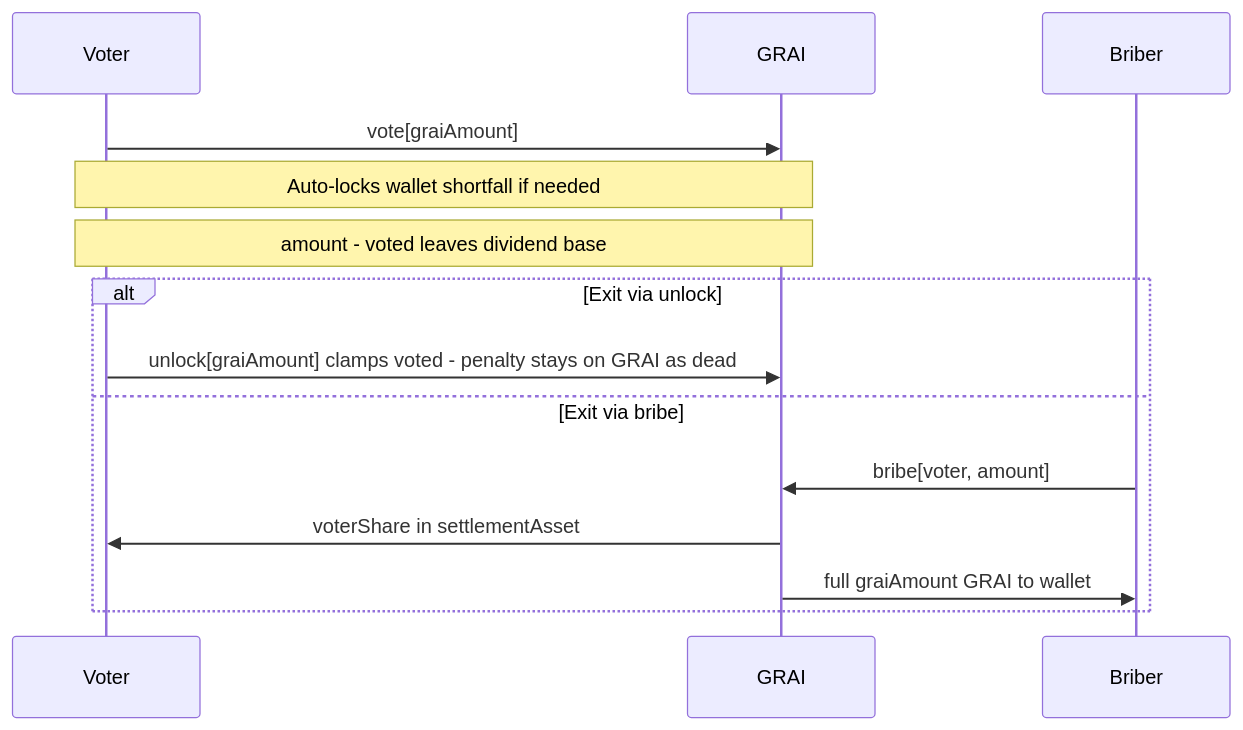
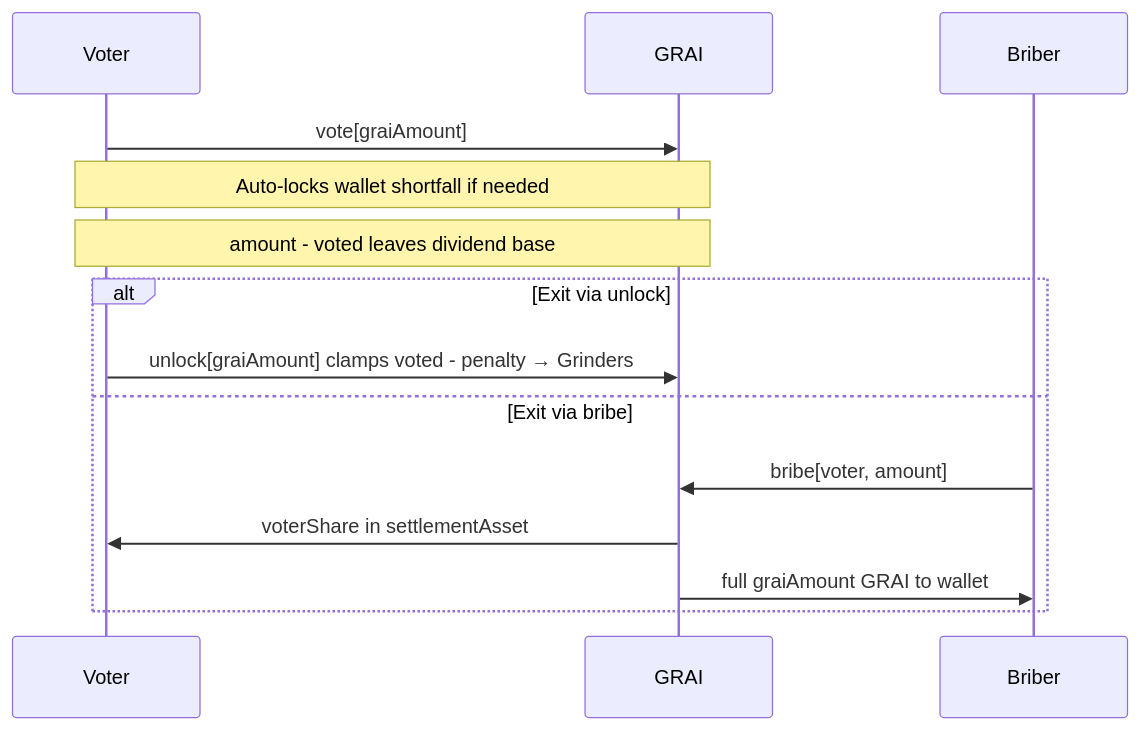
Before and after one commit to grindurus/grindurus-docs: the third of 6 diagrams in developers/mechanics/GRAI.md, drawn with Mermaid. The commit also changed other lines of this file and 5 other files, not shown here.

````diff
--- a/developers/mechanics/GRAI.md
+++ b/developers/mechanics/GRAI.md
@@ -232,18 +232,18 @@
 ```mermaid
 sequenceDiagram
     participant V as Voter
     participant G as GRAI
     participant B as Briber
 
     V->>G: vote[graiAmount]
     Note over V,G: Auto-locks wallet shortfall if needed
     Note over V,G: amount - voted leaves dividend base
 
     alt Exit via unlock
-        V->>G: unlock[graiAmount] clamps voted - penalty stays on GRAI as dead
+        V->>G: unlock[graiAmount] clamps voted - penalty → Grinders
     else Exit via bribe
         B->>G: bribe[voter, amount]
         G->>V: voterShare in settlementAsset
         G->>B: full graiAmount GRAI to wallet
     end
 ```
````
